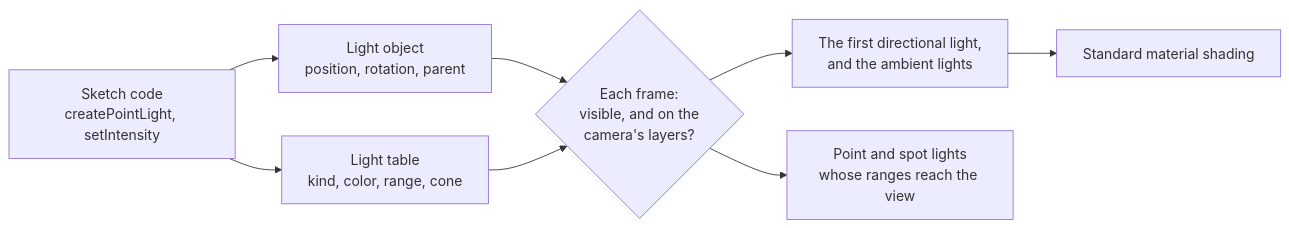
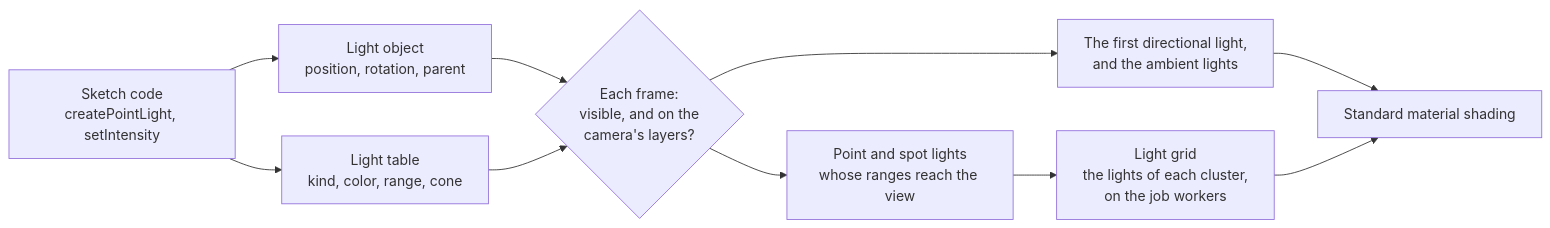
The first of 2 diagrams in docs/concepts/lighting.md (null3d-engine/null3d), drawn with Mermaid before and after one commit. The commit also changed other lines of this file and 95 other files, not shown here.

First line of the commit message:
feat(engine): light standard materials with the point and spot lights of their cluster (#146)

````diff
--- a/docs/concepts/lighting.md
+++ b/docs/concepts/lighting.md
@@ -13,10 +13,12 @@
 ```mermaid
 flowchart LR
     sketch["Sketch code<br/>createPointLight, setIntensity"] --> object["Light object<br/>position, rotation, parent"]
     sketch --> table["Light table<br/>kind, color, range, cone"]
     object --> frame{"Each frame:<br/>visible, and on the<br/>camera's layers?"}
     table --> frame
     frame --> main["The first directional light,<br/>and the ambient lights"]
     frame --> list["Point and spot lights<br/>whose ranges reach the view"]
+    list --> grid["Light grid<br/>the lights of each cluster,<br/>on the job workers"]
     main --> shading["Standard material shading"]
+    grid --> shading
 ```
````
